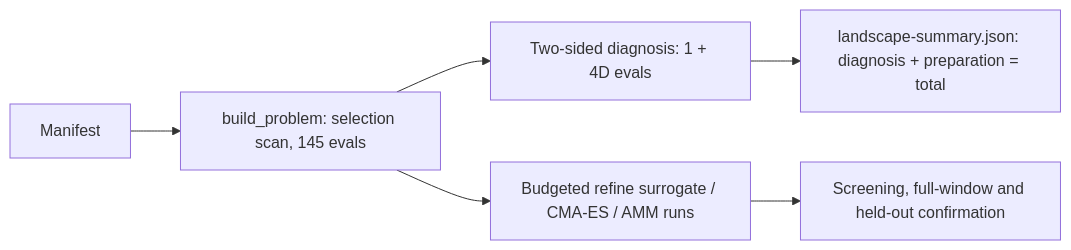
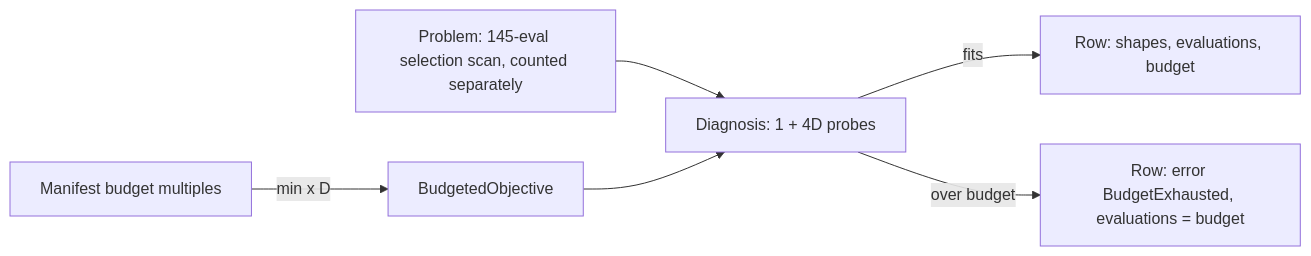
The diagram in docs/archive/pr-summaries/pr-summary-266.md (stSoftwareAU/NEAT-AI-Lamarck), drawn with Mermaid before and after one commit. The commit also changed other lines of this file, not shown here.

First line of the commit message:
Add the PR summary for the budgeted landscape diagnosis (Issue #266)

````diff
--- a/docs/archive/pr-summaries/pr-summary-266.md
+++ b/docs/archive/pr-summaries/pr-summary-266.md
@@ -105,8 +37,8 @@
 ```mermaid
 flowchart LR
-    M[Manifest] --> B[build_problem: selection scan, 145 evals]
-    B --> D[Two-sided diagnosis: 1 + 4D evals]
-    B --> A[Budgeted refine surrogate / CMA-ES / AMM runs]
-    D --> L["landscape-summary.json: diagnosis + preparation = total"]
-    A --> C[Screening, full-window and held-out confirmation]
+    M[Manifest budget multiples] -->|min x D| B[BudgetedObjective]
+    P[Problem: 145-eval selection scan, counted separately] --> D[Diagnosis: 1 + 4D probes]
+    B --> D
+    D -->|fits| R[Row: shapes, evaluations, budget]
+    D -->|over budget| E[Row: error BudgetExhausted, evaluations = budget]
 ```
````
